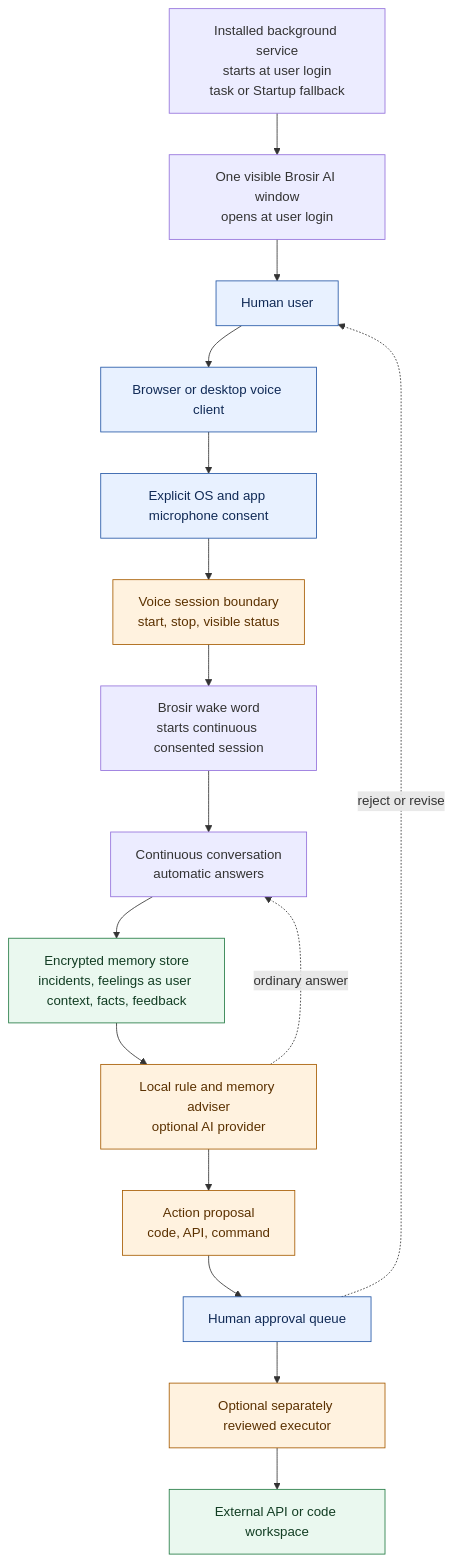
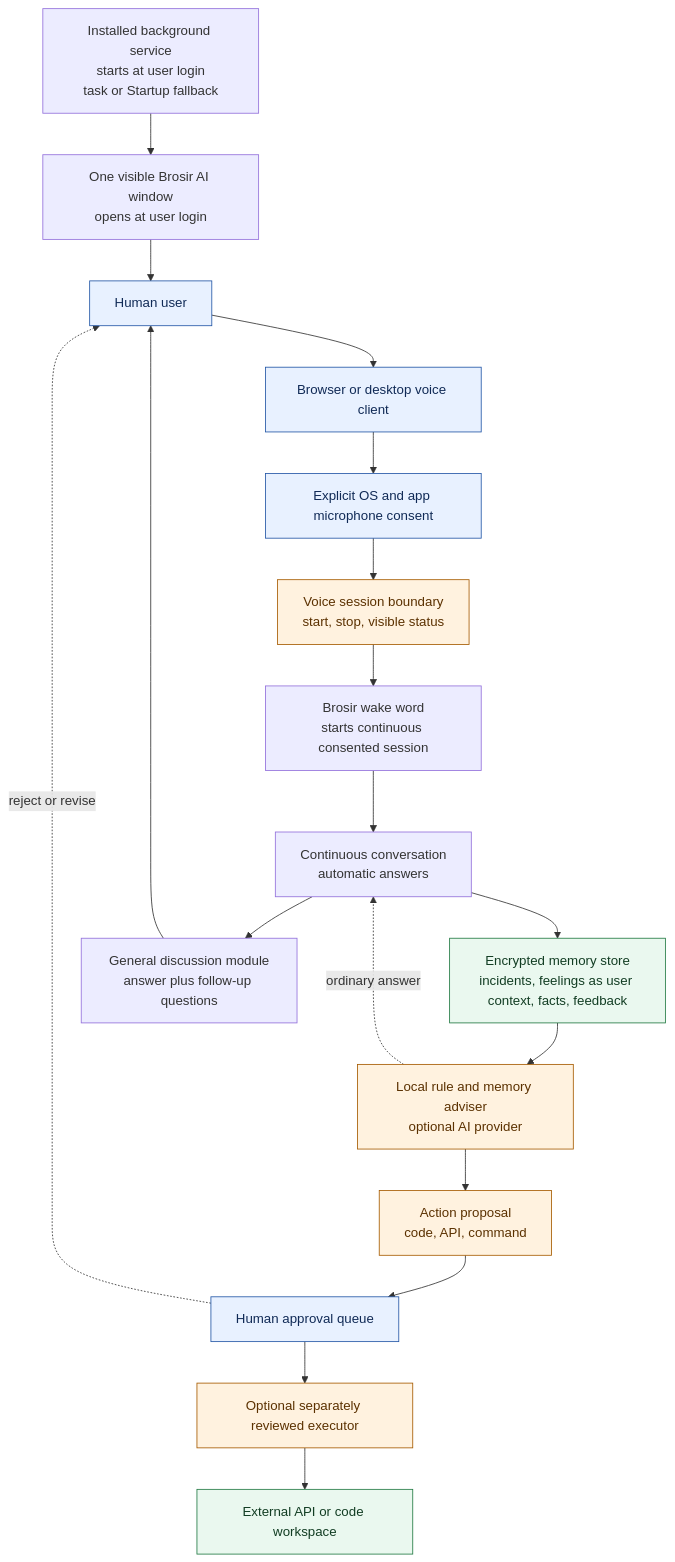
Before and after one commit to Somasundaram004/human-advisor-ai: the diagram in docs/architecture.md, drawn with Mermaid. The commit also changed 4 other files, not shown here.

First line of the commit message:
feat: TEST01 add general human discussion module

````diff
--- a/docs/architecture.md
+++ b/docs/architecture.md
@@ -3,31 +3,33 @@
 ```mermaid
 flowchart TB
     human[Human user]
     service[Installed background service<br/>starts at user login<br/>task or Startup fallback]
     window[One visible Brosir AI window<br/>opens at user login]
     client[Browser or desktop voice client]
     consent[Explicit OS and app microphone consent]
     voice[Voice session boundary<br/>start, stop, visible status]
     wake[Brosir wake word<br/>starts continuous consented session]
     conversation[Continuous conversation<br/>automatic answers]
     memory[Encrypted memory store<br/>incidents, feelings as user context, facts, feedback]
     adviser[Local rule and memory adviser<br/>optional AI provider]
+    discussion[General discussion module<br/>answer plus follow-up questions]
     proposal[Action proposal<br/>code, API, command]
     approval[Human approval queue]
     executor[Optional separately reviewed executor]
     api[External API or code workspace]
 
     service --> window --> human
     human --> client --> consent --> voice --> wake
     wake --> conversation --> memory --> adviser
+    conversation --> discussion --> human
     adviser --> proposal --> approval --> executor --> api
     adviser -. ordinary answer .-> conversation
     approval -. reject or revise .-> human
 
     classDef human fill:#e8f1ff,stroke:#2457a6,color:#102a56
     classDef control fill:#fff2df,stroke:#a65b00,color:#5b3100
     classDef data fill:#eaf8ef,stroke:#237a44,color:#123d23
     class human,client,consent,approval human
     class voice,adviser,proposal,executor control
     class memory,api data
 ```
````
